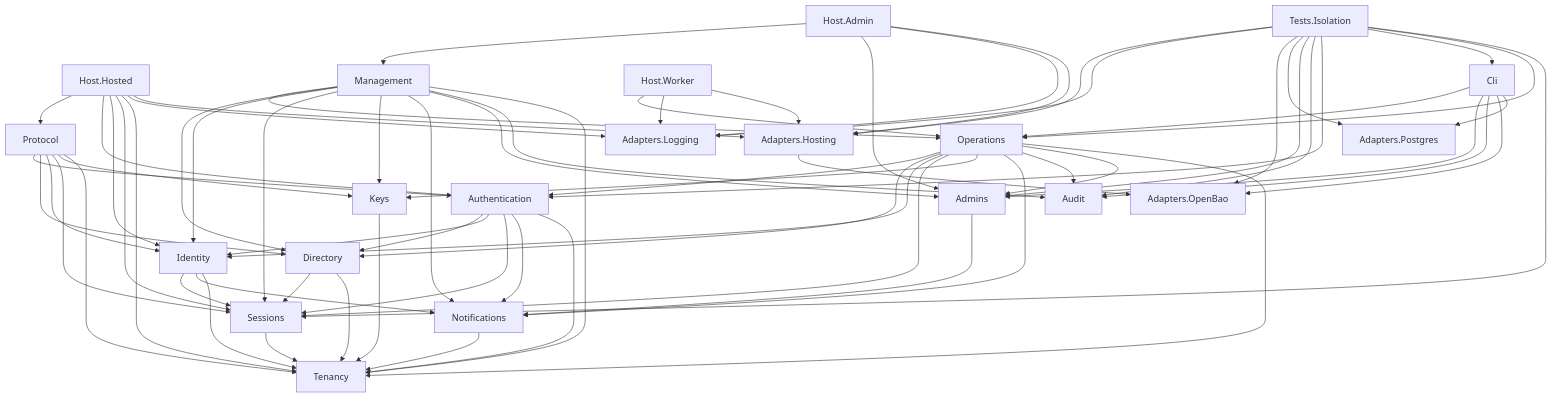
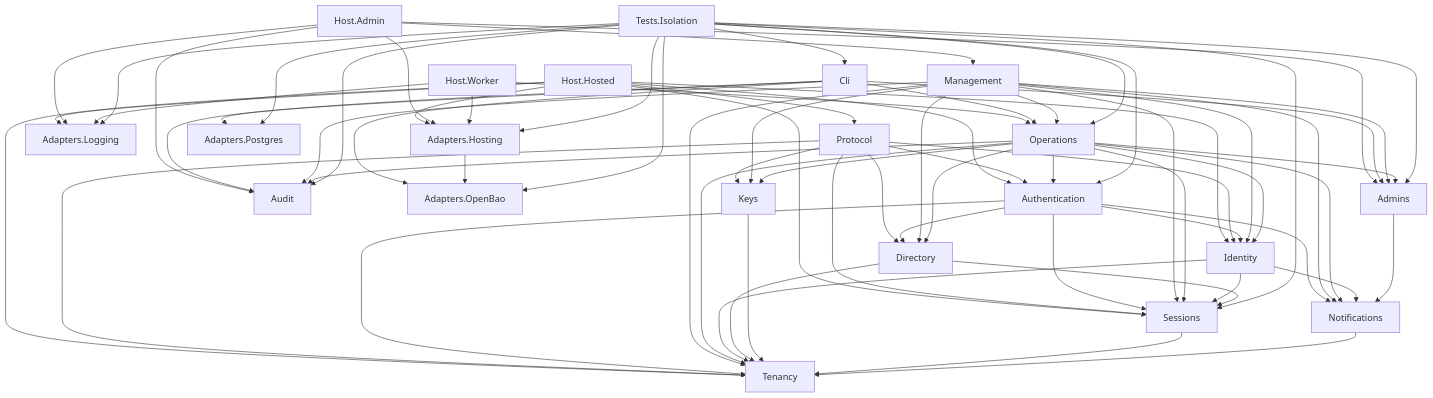
One commit to shanilmelder/gatekeep changed the diagram in docs/architecture/module-dependencies.md. Above: the diagram before and after it, drawn with Mermaid. The commit also changed 62 other files, not shown here.

```diff
--- a/docs/architecture/module-dependencies.md
+++ b/docs/architecture/module-dependencies.md
@@ -17,10 +17,10 @@
   HostAdmin[Host.Admin]
   Management[Management]
   Admins[Admins]
+  Audit[Audit]
   HostWorker[Host.Worker]
   Operations[Operations]
   Cli[Cli]
-  Audit[Audit]
   AdaptersOpenBao[Adapters.OpenBao]
   AdaptersPostgres[Adapters.Postgres]
   Directory[Directory]
@@ -36,6 +36,7 @@
   HostHosted --> AdaptersHosting
   HostAdmin --> Management
   HostAdmin --> Admins
+  HostAdmin --> Audit
   HostAdmin --> AdaptersLogging
   HostAdmin --> AdaptersHosting
   HostWorker --> Operations
```
